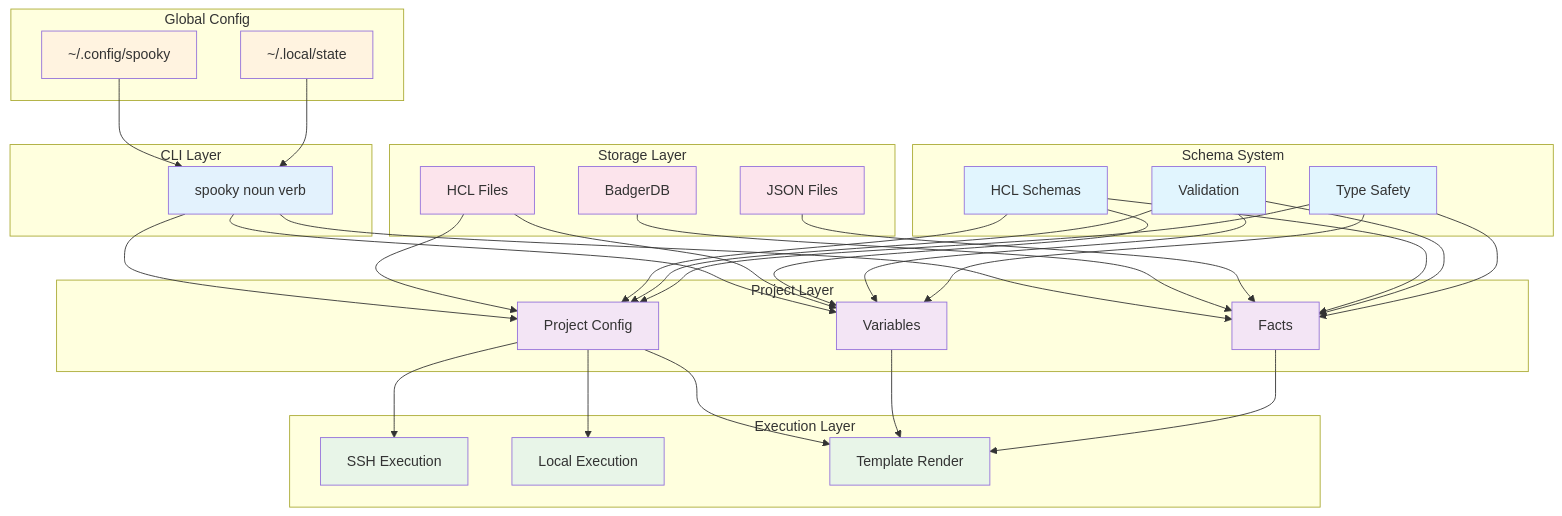
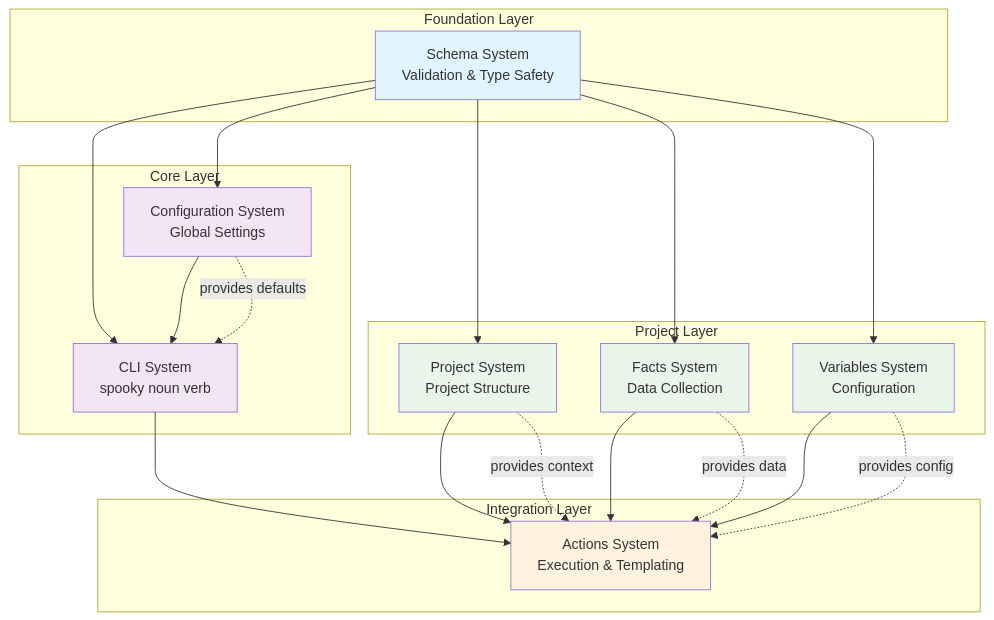
One commit to snassar/spooky changed the first of 2 diagrams in docs/design/spooky-design.md. Above: the diagram before and after it, drawn with Mermaid.

Commit message:
fix high level architecture graph

````diff
--- a/docs/design/spooky-design.md
+++ b/docs/design/spooky-design.md
@@ -20,77 +20,51 @@
 ```mermaid
 graph TD
-    subgraph "CLI Layer"
-        CLI[spooky noun verb]
+    subgraph "Foundation Layer"
+        SCHEMAS[Schema System<br/>Validation & Type Safety]
+    end
+    
+    subgraph "Core Layer"
+        CLI[CLI System<br/>spooky noun verb]
+        CONFIG[Configuration System<br/>Global Settings]
     end
     
     subgraph "Project Layer"
-        PC[Project Config]
-        VARS[Variables]
-        FACTS[Facts]
+        PROJECT[Project System<br/>Project Structure]
+        FACTS[Facts System<br/>Data Collection]
+        VARS[Variables System<br/>Configuration]
     end
     
-    subgraph "Execution Layer"
-        SSH[SSH Execution]
-        LOCAL[Local Execution]
-        TEMPLATE[Template Render]
+    subgraph "Integration Layer"
+        ACTIONS[Actions System<br/>Execution & Templating]
     end
     
-    subgraph "Global Config"
-        GC[~/.config/spooky]
-        GS[~/.local/state]
-    end
+    %% Foundation dependencies
+    SCHEMAS --> CLI
+    SCHEMAS --> CONFIG
+    SCHEMAS --> PROJECT
+    SCHEMAS --> FACTS
+    SCHEMAS --> VARS
     
-    subgraph "Storage Layer"
-        BADGER[BadgerDB]
-        JSON[JSON Files]
-        HCL[HCL Files]
-    end
+    %% Core dependencies
+    CONFIG --> CLI
     
-    subgraph "Schema System"
-        SCHEMA[HCL Schemas]
-        VALID[Validation]
-        TYPE[Type Safety]
-    end
+    %% Project layer dependencies
+    PROJECT --> ACTIONS
+    FACTS --> ACTIONS
+    VARS --> ACTIONS
+    CLI --> ACTIONS
     
-    CLI --> PC
-    CLI --> VARS
-    CLI --> FACTS
-    PC --> SSH
-    PC --> LOCAL
-    PC --> TEMPLATE
-    VARS --> TEMPLATE
-    FACTS --> TEMPLATE
+    %% Data flow
+    CONFIG -.->|provides defaults| CLI
+    FACTS -.->|provides data| ACTIONS
+    VARS -.->|provides config| ACTIONS
+    PROJECT -.->|provides context| ACTIONS
     
-    GC --> CLI
-    GS --> CLI
-    BADGER --> FACTS
-    JSON --> FACTS
-    HCL --> PC
-    HCL --> VARS
-    
-    SCHEMA --> PC
-    SCHEMA --> VARS
-    SCHEMA --> FACTS
-    VALID --> PC
-    VALID --> VARS
-    VALID --> FACTS
-    TYPE --> PC
-    TYPE --> VARS
-    TYPE --> FACTS
-    
-    style CLI fill:#e3f2fd
-    style PC fill:#f3e5f5
-    style VARS fill:#f3e5f5
-    style FACTS fill:#f3e5f5
-    style SSH fill:#e8f5e8
-    style LOCAL fill:#e8f5e8
-    style TEMPLATE fill:#e8f5e8
-    style GC fill:#fff3e0
-    style GS fill:#fff3e0
-    style BADGER fill:#fce4ec
-    style JSON fill:#fce4ec
-    style HCL fill:#fce4ec
-    style SCHEMA fill:#e1f5fe
-    style VALID fill:#e1f5fe
-    style TYPE fill:#e1f5fe
+    style SCHEMAS fill:#e1f5fe
+    style CLI fill:#f3e5f5
+    style CONFIG fill:#f3e5f5
+    style PROJECT fill:#e8f5e8
+    style FACTS fill:#e8f5e8
+    style VARS fill:#e8f5e8
+    style ACTIONS fill:#fff3e0
 ```
````
